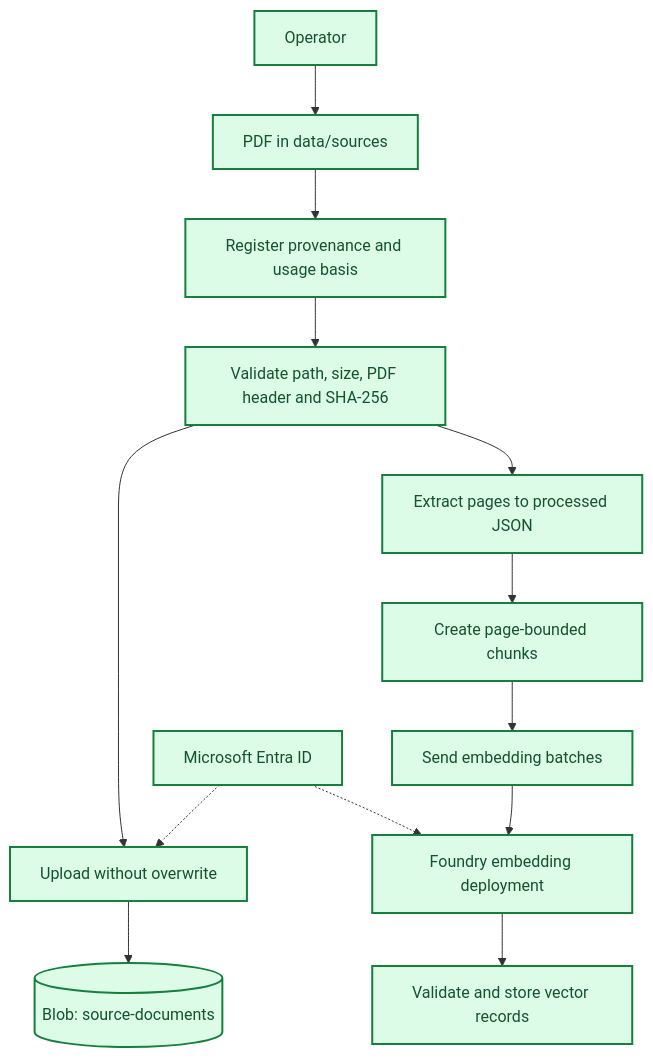
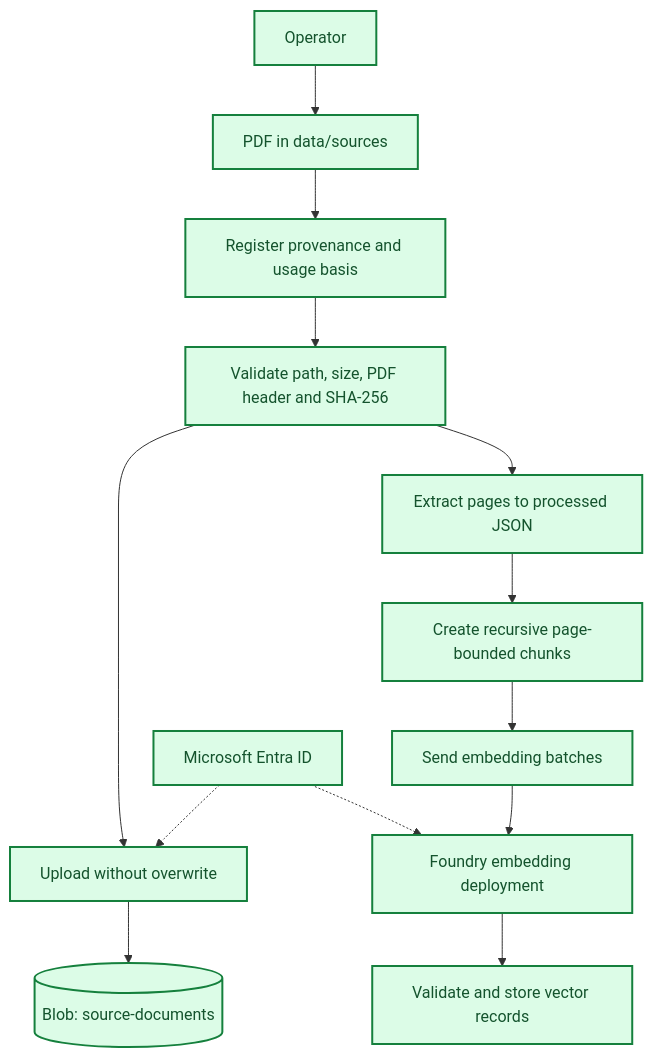
Before and after one commit to kenjihilasak/uol-finance-ai-assistant: the second of 3 diagrams in docs/overview/project-architecture.md, drawn with Mermaid. The commit also changed other lines of this file and 10 other files, not shown here.

````diff
--- a/docs/overview/project-architecture.md
+++ b/docs/overview/project-architecture.md
@@ -53,26 +53,26 @@
 ```mermaid
 flowchart TB
     classDef implemented fill:#DCFCE7,stroke:#15803D,color:#14532D,stroke-width:2px
 
     operator[Operator]
     pdf[PDF in data/sources]
     register[Register provenance and usage basis]
     validate[Validate path, size, PDF header and SHA-256]
     upload[Upload without overwrite]
     sourceBlob[(Blob: source-documents)]
     extract[Extract pages to processed JSON]
-    chunk[Create page-bounded chunks]
+    chunk[Create recursive page-bounded chunks]
     request[Send embedding batches]
     model[Foundry embedding deployment]
     records[Validate and store vector records]
     entra[Microsoft Entra ID]
 
     operator --> pdf --> register --> validate
     validate --> upload --> sourceBlob
     validate --> extract --> chunk --> request
     request --> model --> records
     entra -.-> upload
     entra -.-> model
 
     class operator,pdf,register,validate,upload,sourceBlob,extract,chunk,request,model,records,entra implemented
 ```
````
